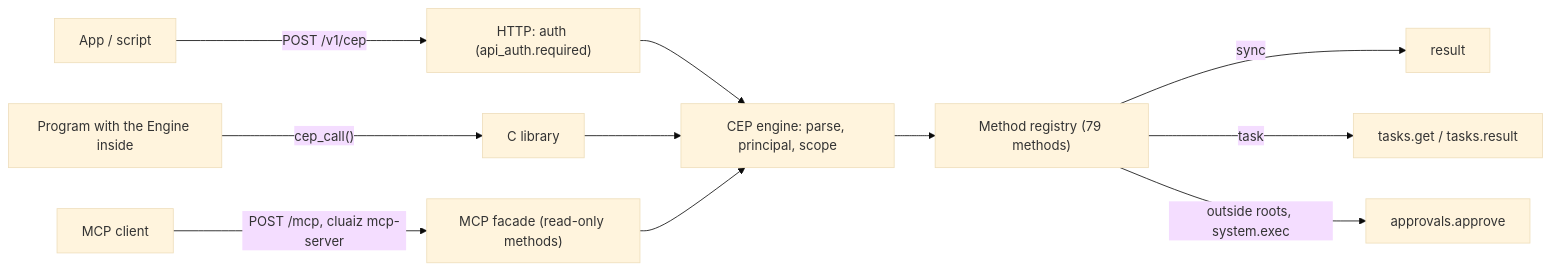
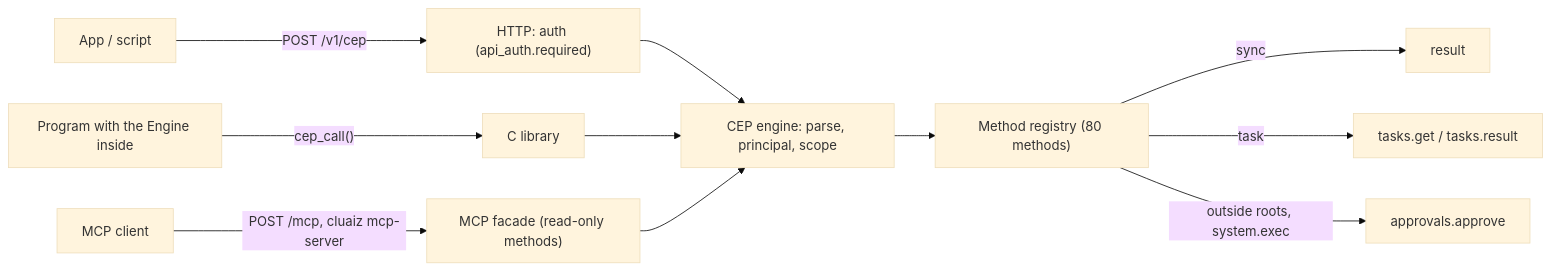
One commit to cluaiz/cluaiz changed the first of 2 diagrams in docs/api/cep/README.md. Above: the diagram before and after it, drawn with Mermaid (base theme). The commit also changed 20 other files, not shown here.

````diff
--- a/docs/api/cep/README.md
+++ b/docs/api/cep/README.md
@@ -23,13 +23,13 @@
 ```mermaid
 flowchart LR
     App["App / script"] -->|"POST /v1/cep"| HTTP["HTTP: auth (api_auth.required)"]
     Lib["Program with the Engine inside"] -->|"cep_call()"| FFI["C library"]
     MCPC["MCP client"] -->|"POST /mcp, cluaiz mcp-server"| MCP["MCP facade (read-only methods)"]
     HTTP --> Engine["CEP engine: parse, principal, scope"]
     FFI --> Engine
     MCP --> Engine
-    Engine --> Registry["Method registry (79 methods)"]
+    Engine --> Registry["Method registry (80 methods)"]
     Registry -->|"sync"| Result["result"]
     Registry -->|"task"| Tasks["tasks.get / tasks.result"]
     Registry -->|"outside roots, system.exec"| Approvals["approvals.approve"]
 ```
````
